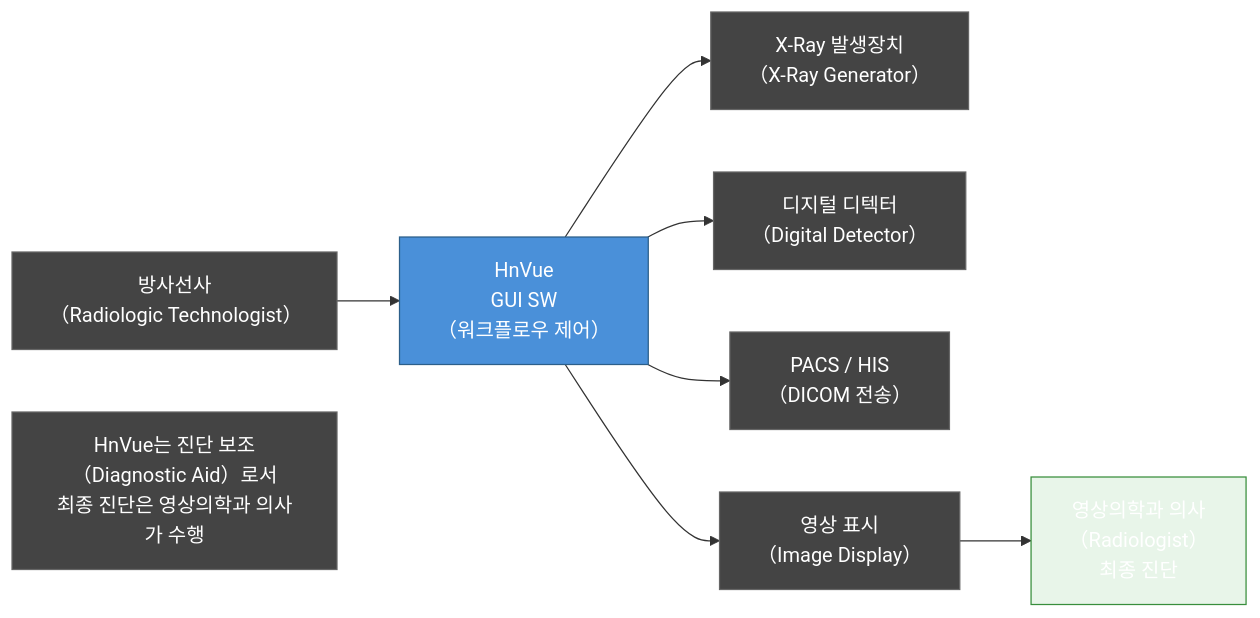
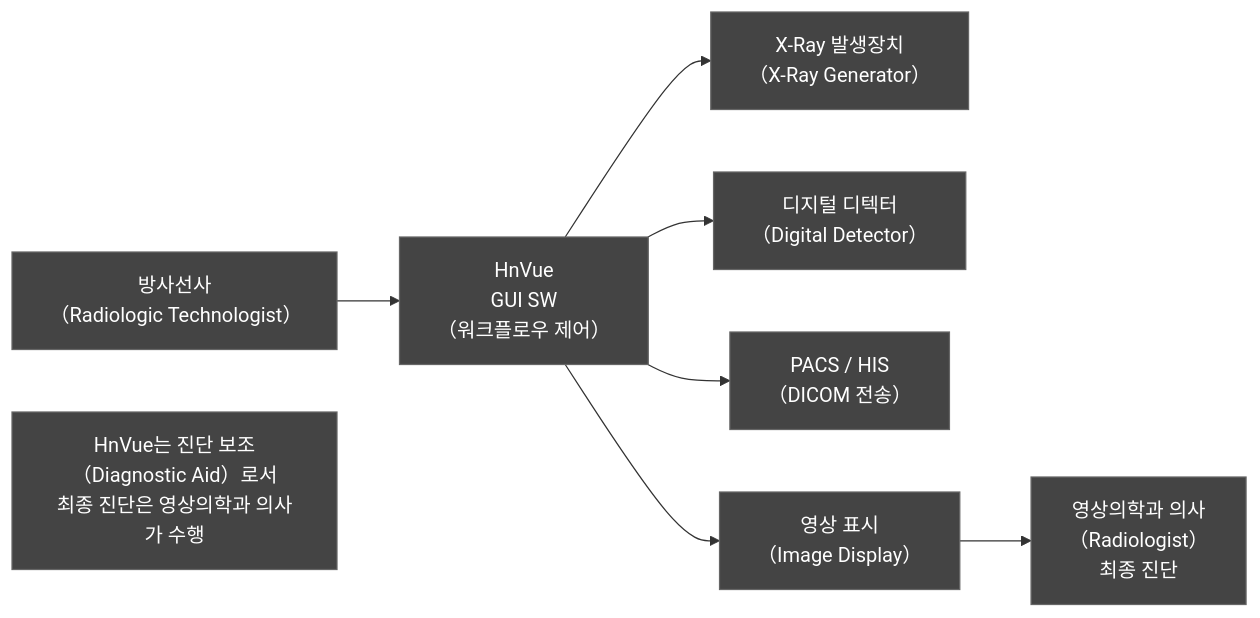
One commit to holee9/console-gui changed the first of 7 diagrams in docs/regulatory/DOC-020_Clinical_Evaluation_Plan_v1.0.md. Above: the diagram before and after it, drawn with Mermaid. The commit also changed other lines of this file and 35 other files, not shown here.

First line of the commit message:
fix: 전체 Mermaid 차트 색상 진한 회색 통일

````diff
--- a/docs/regulatory/DOC-020_Clinical_Evaluation_Plan_v1.0.md
+++ b/docs/regulatory/DOC-020_Clinical_Evaluation_Plan_v1.0.md
@@ -78,15 +78,15 @@
 ```mermaid
 flowchart LR
     classDef default fill:#444,stroke:#666,color:#fff
     A["방사선사\n（Radiologic Technologist）"] --> B["HnVue\nGUI SW\n（워크플로우 제어）"]
     B --> C["X-Ray 발생장치\n（X-Ray Generator）"]
     B --> D["디지털 디텍터\n（Digital Detector）"]
     B --> E["PACS / HIS\n（DICOM 전송）"]
     B --> F["영상 표시\n（Image Display）"]
     F --> G["영상의학과 의사\n（Radiologist）\n최종 진단"]
     
-    style B fill:#4A90D9,color:#fff,stroke:#2C5F8A
-    style G fill:#E8F5E9,stroke:#388E3C
+    style B fill:#444,color:#fff,stroke:#666
+    style G fill:#444,stroke:#666
     
     note1["HnVue는 진단 보조（Diagnostic Aid）로서\n최종 진단은 영상의학과 의사가 수행"]
 ```
````
